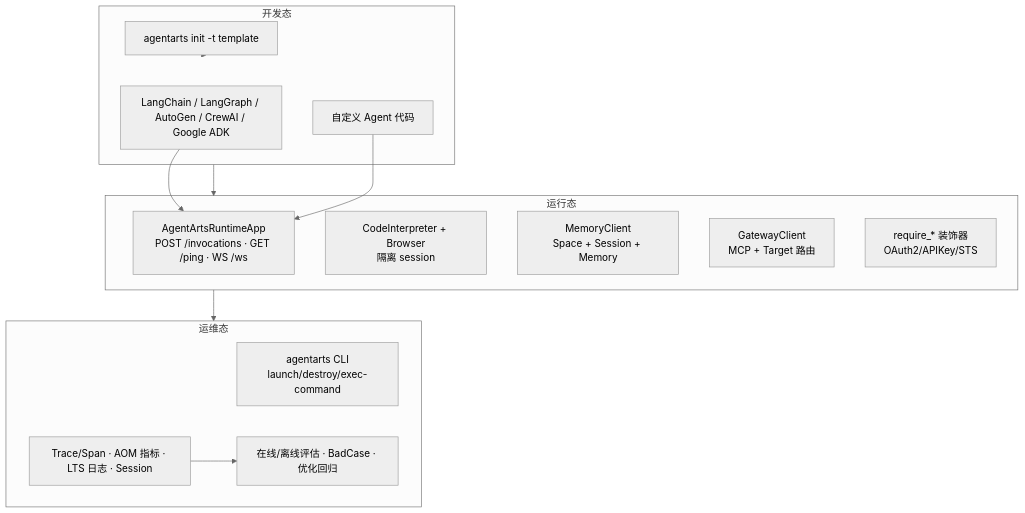
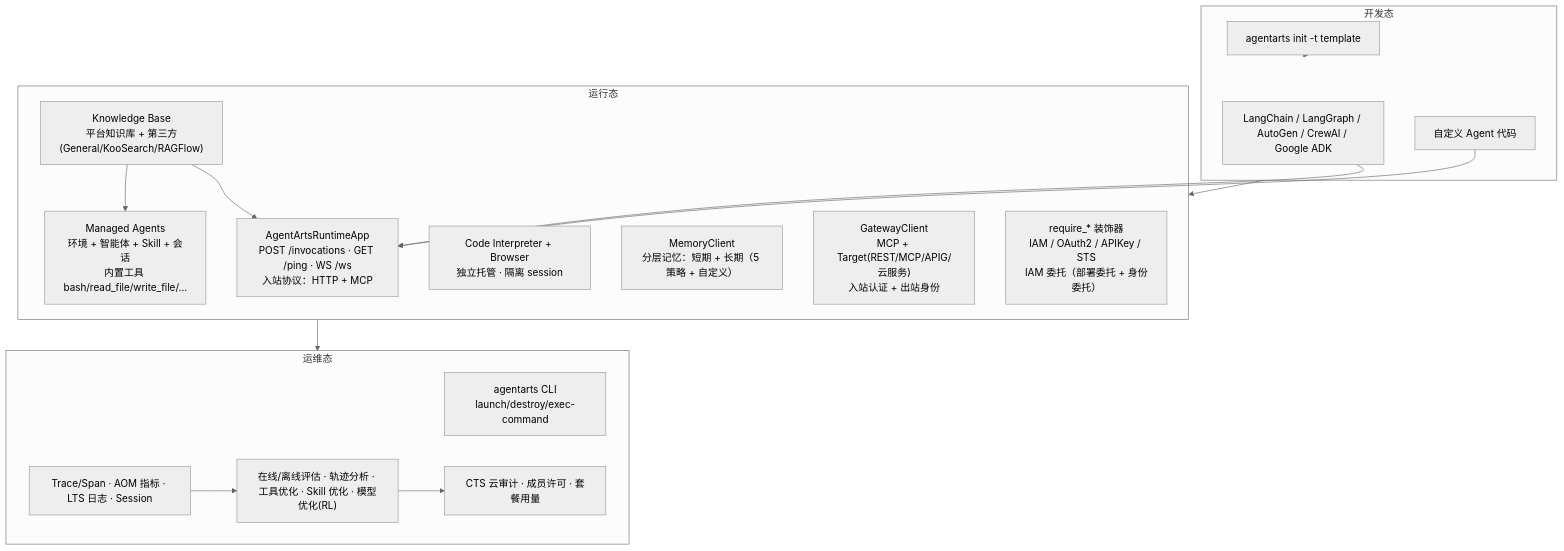
The diagram in AgentArts知识包与Agent集成架构设计/AgentArts_Agent平台Wiki知识包/00-overview/platform_architecture.md (sentillier/Langraph-AgentArts-Demo), drawn with Mermaid (neutral theme) before and after one commit. The commit also changed other lines of this file and 26 other files, not shown here.

First line of the commit message:
docs: 扩充 AgentArts Wiki 知识包并新增知识库/安全章节

````diff
--- a/AgentArts知识包与Agent集成架构设计/AgentArts_Agent平台Wiki知识包/00-overview/platform_architecture.md
+++ b/AgentArts知识包与Agent集成架构设计/AgentArts_Agent平台Wiki知识包/00-overview/platform_architecture.md
@@ -72,25 +91,31 @@
 ```mermaid
 flowchart TB
     subgraph Dev["开发态"]
         FW["LangChain / LangGraph / AutoGen / CrewAI / Google ADK"]
         Custom["自定义 Agent 代码"]
         Scaffold["agentarts init -t template"]
     end
     subgraph Run["运行态"]
-        Runtime["AgentArtsRuntimeApp<br/>POST /invocations · GET /ping · WS /ws"]
-        Sandbox["CodeInterpreter + Browser<br/>隔离 session"]
-        Memory["MemoryClient<br/>Space + Session + Memory"]
-        Gateway["GatewayClient<br/>MCP + Target 路由"]
-        Identity["require_* 装饰器<br/>OAuth2/APIKey/STS"]
+        Runtime["AgentArtsRuntimeApp<br/>POST /invocations · GET /ping · WS /ws<br/>入站协议：HTTP + MCP"]
+        Managed["Managed Agents<br/>环境 + 智能体 + Skill + 会话<br/>内置工具 bash/read_file/write_file/..."]
+        Sandbox["Code Interpreter + Browser<br/>独立托管 · 隔离 session"]
+        Memory["MemoryClient<br/>分层记忆：短期 + 长期（5 策略 + 自定义）"]
+        KB["Knowledge Base<br/>平台知识库 + 第三方(General/KooSearch/RAGFlow)"]
+        Gateway["GatewayClient<br/>MCP + Target(REST/MCP/APIG/云服务)<br/>入站认证 + 出站身份"]
+        Identity["require_* 装饰器<br/>IAM / OAuth2 / APIKey / STS<br/>IAM 委托（部署委托 + 身份委托）"]
     end
     subgraph Ops["运维态"]
         CLI["agentarts CLI<br/>launch/destroy/exec-command"]
         Obs["Trace/Span · AOM 指标 · LTS 日志 · Session"]
-        Eval["在线/离线评估 · BadCase · 优化回归"]
+        Eval["在线/离线评估 · 轨迹分析 · 工具优化 · Skill 优化 · 模型优化(RL)"]
+        Audit["CTS 云审计 · 成员许可 · 套餐用量"]
     end
     Dev --> Run --> Ops
     FW --> Runtime
     Custom --> Runtime
     Scaffold --> Dev
     Obs --> Eval
+    Eval --> Audit
+    KB --> Runtime
+    KB --> Managed
 ```
````
